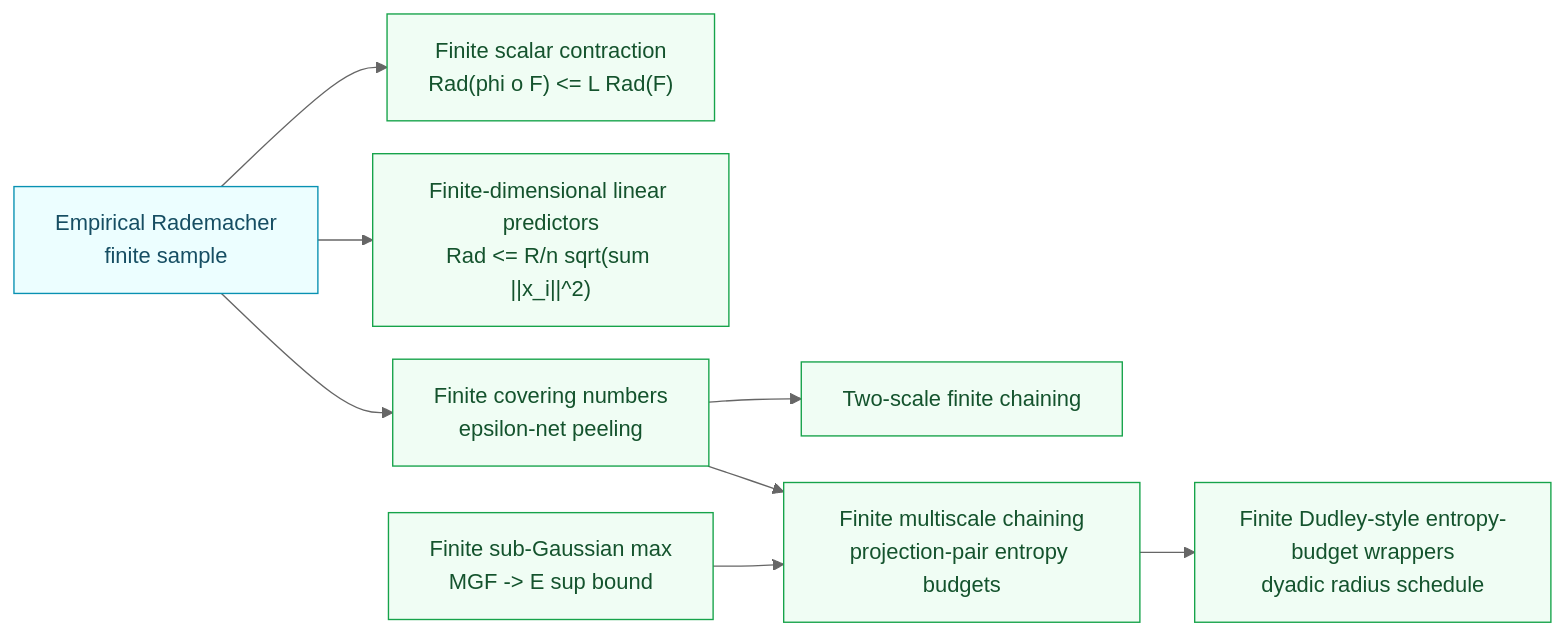
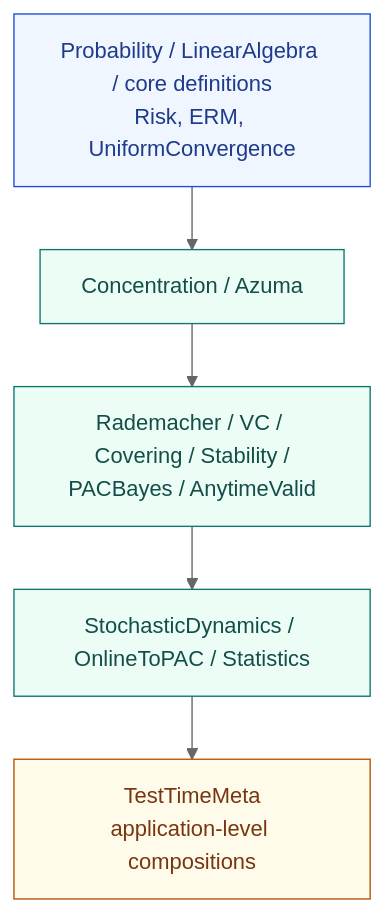
One commit to Robby955/FormalSLT changed the first of 4 diagrams in docs/diagrams.md. Above: the diagram before and after it, drawn with Mermaid. The commit also changed other lines of this file and 4 other files, not shown here.

````diff
--- a/docs/diagrams.md
+++ b/docs/diagrams.md
@@ -49,23 +20,18 @@
 ```mermaid
-%%{init: {'flowchart': {'rankSpacing': 40, 'nodeSpacing': 24}, 'theme':'neutral'}}%%
-flowchart LR
-    rad["Empirical Rademacher<br/>finite sample"]
-    contraction["Finite scalar contraction<br/>Rad(phi o F) <= L Rad(F)"]
-    linear["Finite-dimensional linear predictors<br/>Rad <= R/n sqrt(sum ||x_i||^2)"]
-    covering["Finite covering numbers<br/>epsilon-net peeling"]
-    two_scale["Two-scale finite chaining"]
-    subg_max["Finite sub-Gaussian max<br/>MGF -> E sup bound"]
-    finite_chain["Finite multiscale chaining<br/>projection-pair entropy budgets"]
-    dudley_budget["Finite Dudley-style entropy-budget wrappers<br/>dyadic radius schedule"]
+%%{init: {'theme': 'neutral', 'flowchart': {'rankSpacing': 46, 'nodeSpacing': 30}}}%%
+flowchart TD
+    found["Probability / LinearAlgebra / core definitions<br/>Risk, ERM, UniformConvergence"]
+    conc["Concentration / Azuma"]
+    subjects["Rademacher / VC / Covering / Stability /<br/>PACBayes / AnytimeValid"]
+    apps["StochasticDynamics / OnlineToPAC / Statistics"]
+    meta["TestTimeMeta<br/>application-level compositions"]
 
-    rad --> contraction
-    rad --> linear
-    rad --> covering --> two_scale
-    subg_max --> finite_chain --> dudley_budget
-    covering --> finite_chain
+    found --> conc --> subjects --> apps --> meta
 
-    classDef foundation fill:#ecfeff,stroke:#0891b2,color:#164e63;
-    classDef verified fill:#f0fdf4,stroke:#16a34a,color:#14532d;
-    class rad foundation;
-    class contraction,linear,covering,two_scale,subg_max,finite_chain,dudley_budget verified;
+    classDef foundation fill:#eff6ff,stroke:#1d4ed8,color:#1e3a8a;
+    classDef checked fill:#ecfdf5,stroke:#0f766e,color:#134e4a;
+    classDef endpointNode fill:#fffbeb,stroke:#b45309,color:#78350f;
+    class found foundation;
+    class conc,subjects,apps checked;
+    class meta endpointNode;
 ```
````
